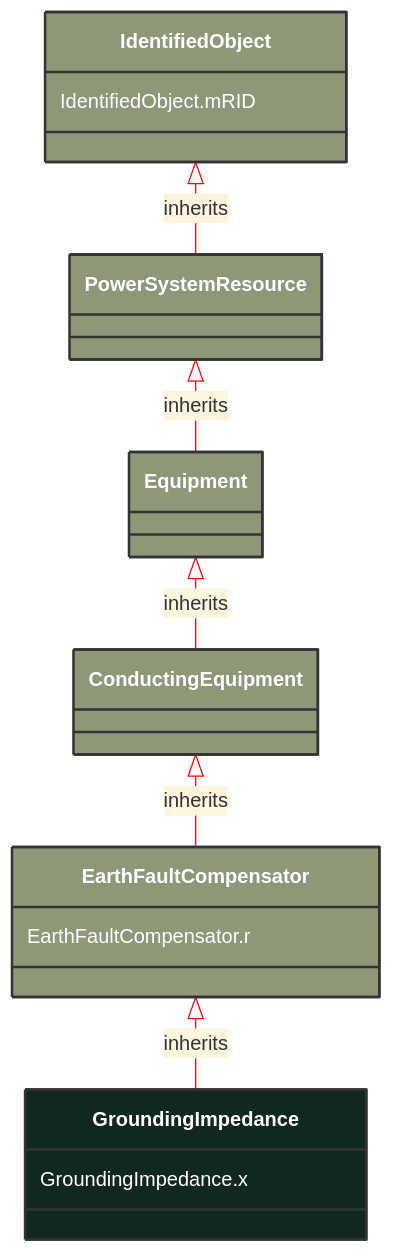
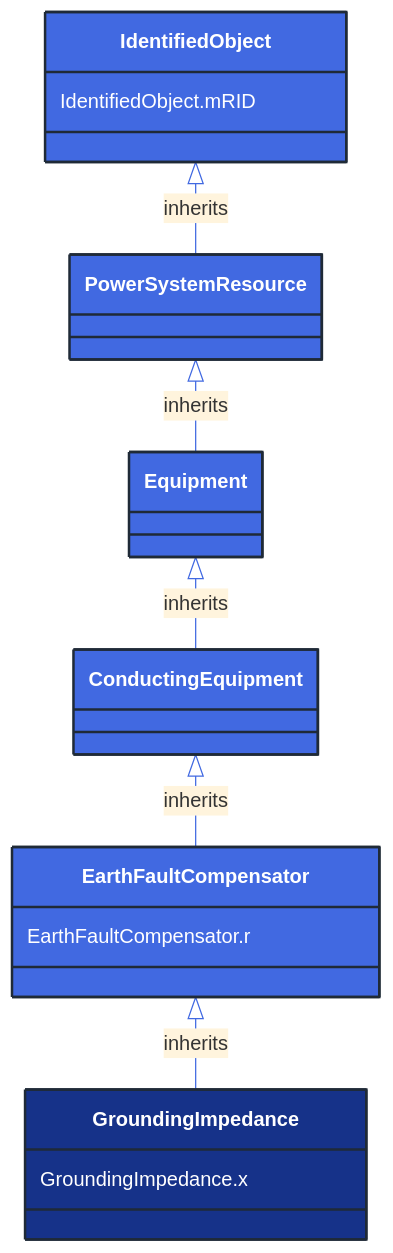
The diagram in docs/Models/Profiles/ShortCircuit/ConcreteClasses/GroundingImpedance.md (3lbits/NoCIMExtensions), drawn with Mermaid before and after one commit. The commit also changed 362 other files, not shown here.

First line of the commit message:
Update diagrams and styles for improved visual consistency

````diff
--- a/docs/Models/Profiles/ShortCircuit/ConcreteClasses/GroundingImpedance.md
+++ b/docs/Models/Profiles/ShortCircuit/ConcreteClasses/GroundingImpedance.md
@@ -8,33 +8,33 @@
 ```mermaid
-%%{init: {'theme':'base','themeVariables': {'lineColor': '#FF0000'}}}%%
+%%{init: {'theme':'base','themeVariables': {'lineColor': '#4169E1'}}}%%
 classDiagram
     class GroundingImpedance
     click GroundingImpedance href "/Models/Profiles/ShortCircuit/ConcreteClasses/GroundingImpedance/"
-    style GroundingImpedance fill:#102820,stroke:#333,stroke-width:2px,rx:10,ry:10,color:white
+    style GroundingImpedance fill:#163289,stroke:#1F2A37,stroke-width:2px,rx:10,ry:10,color:white
      
         EarthFaultCompensator <|-- GroundingImpedance : inherits
             click EarthFaultCompensator href "/Models/Profiles/ShortCircuit/AbstractClasses/EarthFaultCompensator/"
-            style EarthFaultCompensator fill:#8F9779,stroke:#333,stroke-width:2px,rx:10,ry:10,color:white
+            style EarthFaultCompensator fill:#4169E1,stroke:#1F2A37,stroke-width:2px,rx:10,ry:10,color:white
      
         ConductingEquipment <|-- EarthFaultCompensator : inherits
             click ConductingEquipment href "/Models/Profiles/ShortCircuit/AbstractClasses/ConductingEquipment/"
-            style ConductingEquipment fill:#8F9779,stroke:#333,stroke-width:2px,rx:10,ry:10,color:white
+            style ConductingEquipment fill:#4169E1,stroke:#1F2A37,stroke-width:2px,rx:10,ry:10,color:white
      
         Equipment <|-- ConductingEquipment : inherits
             click Equipment href "/Models/Profiles/ShortCircuit/AbstractClasses/Equipment/"
-            style Equipment fill:#8F9779,stroke:#333,stroke-width:2px,rx:10,ry:10,color:white
+            style Equipment fill:#4169E1,stroke:#1F2A37,stroke-width:2px,rx:10,ry:10,color:white
      
         PowerSystemResource <|-- Equipment : inherits
             click PowerSystemResource href "/Models/Profiles/ShortCircuit/AbstractClasses/PowerSystemResource/"
-            style PowerSystemResource fill:#8F9779,stroke:#333,stroke-width:2px,rx:10,ry:10,color:white
+            style PowerSystemResource fill:#4169E1,stroke:#1F2A37,stroke-width:2px,rx:10,ry:10,color:white
      
         IdentifiedObject <|-- PowerSystemResource : inherits
             click IdentifiedObject href "/Models/Profiles/ShortCircuit/AbstractClasses/IdentifiedObject/"
-            style IdentifiedObject fill:#8F9779,stroke:#333,stroke-width:2px,rx:10,ry:10,color:white
+            style IdentifiedObject fill:#4169E1,stroke:#1F2A37,stroke-width:2px,rx:10,ry:10,color:white
 
 
 
         GroundingImpedance : GroundingImpedance.x
         EarthFaultCompensator : EarthFaultCompensator.r
         IdentifiedObject : IdentifiedObject.mRID
 ```
````
